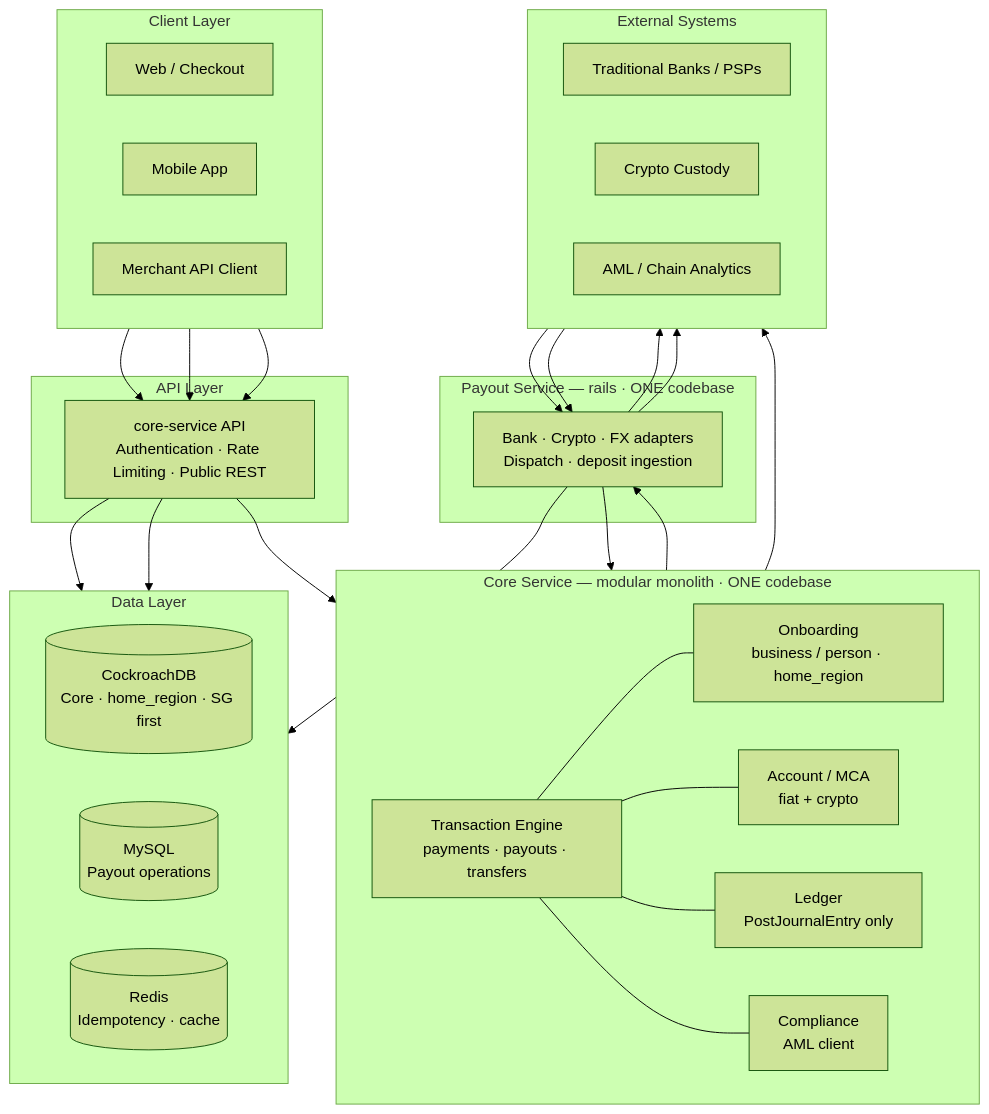
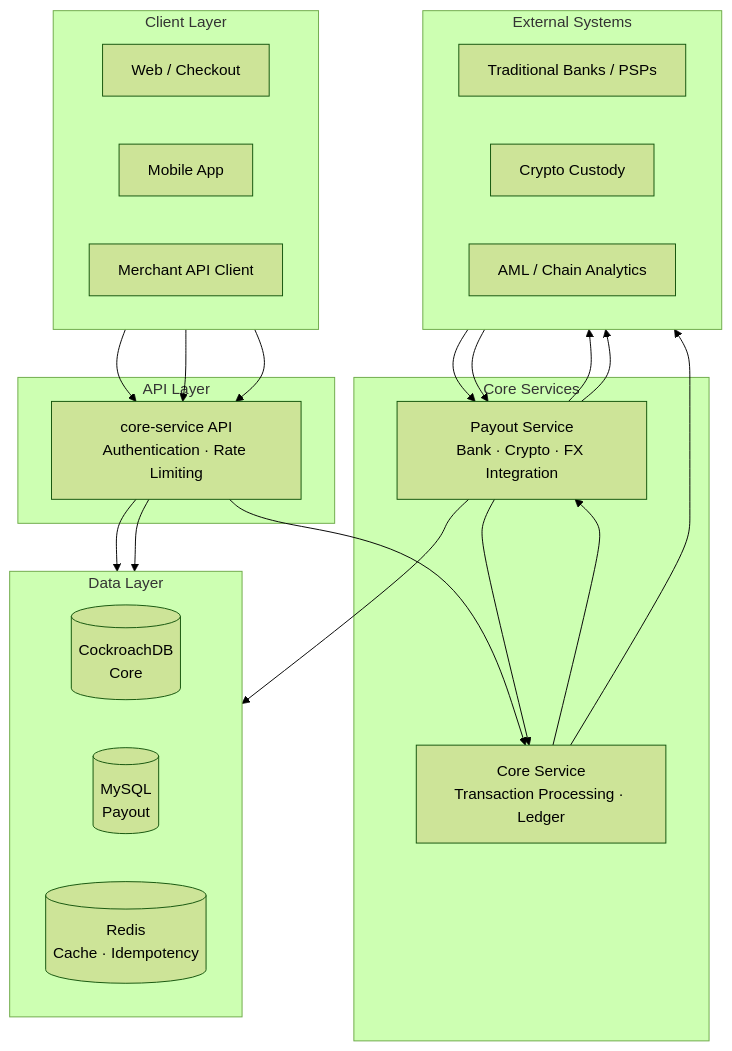
The first of 2 diagrams in README.md (Aibier/Aibier), drawn with Mermaid (forest theme) before and after one commit. The commit also changed other lines of this file, not shown here.

Commit message:
docs: split architecture into high-level and Core internals
Main diagram: services + data only (Core / Payout / stores).
Second diagram: modular monolith packages inside core-service.

````diff
--- a/README.md
+++ b/README.md
@@ -117,60 +117,47 @@
 ```mermaid
 flowchart TB
   subgraph CL["Client Layer"]
     direction LR
     WEB["Web / Checkout"]
     MOB["Mobile App"]
     API_C["Merchant API Client"]
   end
 
   subgraph AL["API Layer"]
-    GW["core-service API<br/>Authentication · Rate Limiting · Public REST"]
+    GW["core-service API<br/>Authentication · Rate Limiting"]
   end
 
-  subgraph CS["Core Service — modular monolith · ONE codebase"]
-    direction TB
-    CORE["Transaction Engine<br/>payments · payouts · transfers"]
-    direction LR
-    ONB["Onboarding<br/>business / person · home_region"]
-    ACC["Account / MCA<br/>fiat + crypto"]
-    LED["Ledger<br/>PostJournalEntry only"]
-    CMP["Compliance<br/>AML client"]
-    CORE --- ONB
-    CORE --- ACC
-    CORE --- LED
-    CORE --- CMP
-  end
-
-  subgraph PS["Payout Service — rails · ONE codebase"]
-    PAY["Bank · Crypto · FX adapters<br/>Dispatch · deposit ingestion"]
+  subgraph CS["Core Services"]
+    CORE["Core Service<br/>Transaction Processing · Ledger"]
+    PAY["Payout Service<br/>Bank · Crypto · FX Integration"]
   end
 
   subgraph EXT["External Systems"]
     direction LR
     BANK["Traditional Banks / PSPs"]
     CRY["Crypto Custody"]
     AMLV["AML / Chain Analytics"]
   end
 
   subgraph DL["Data Layer"]
     direction LR
-    CRDB[("CockroachDB<br/>Core · home_region · SG first")]
-    MY[("MySQL<br/>Payout operations")]
-    RD[("Redis<br/>Idempotency · cache")]
+    CRDB[("CockroachDB<br/>Core")]
+    MY[("MySQL<br/>Payout")]
+    RD[("Redis<br/>Cache · Idempotency")]
   end
 
   WEB --> GW
   MOB --> GW
   API_C --> GW
   GW --> CORE
   CORE --> PAY
   PAY --> CORE
-  CMP --> AMLV
+  CORE --> AMLV
   PAY --> BANK
   PAY --> CRY
   CRY --> PAY
   BANK --> PAY
   GW --> CRDB
+  GW --> RD
   PAY --> MY
-  GW --> RD
 ```
````
